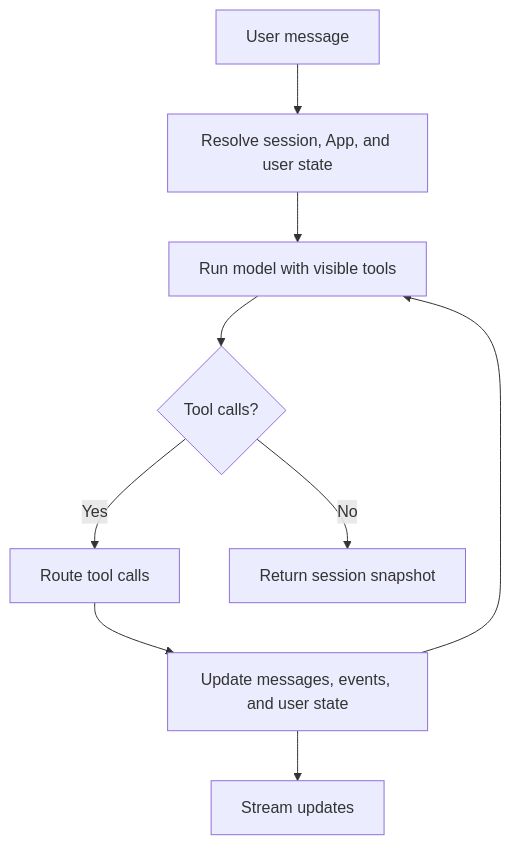
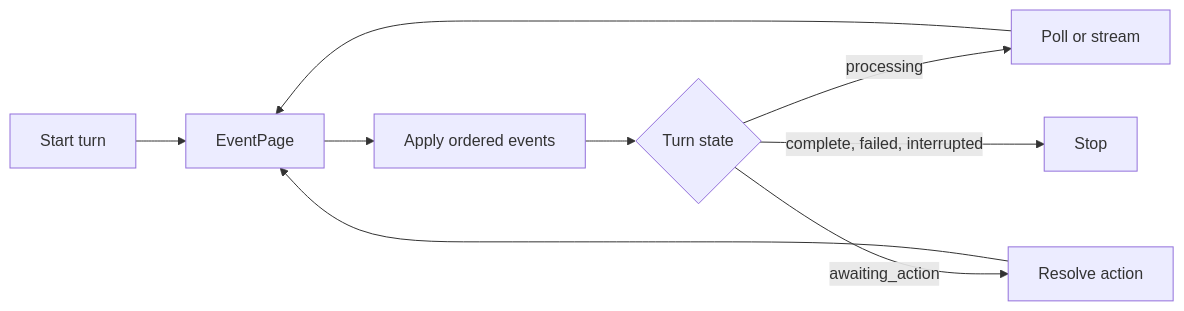
The diagram in reference/runtime.mdx (aomi-labs/docs), drawn with Mermaid before and after one commit. The commit also changed other lines of this file and 40 other files, not shown here.

````diff
--- a/reference/runtime.mdx
+++ b/reference/runtime.mdx
@@ -36,11 +36,11 @@
 ```mermaid
-flowchart TB
-    USER[User message] --> CONTEXT[Resolve session, App, and user state]
-    CONTEXT --> MODEL[Run model with visible tools]
-    MODEL --> TOOLS{Tool calls?}
-    TOOLS -->|Yes| ROUTE[Route tool calls]
-    ROUTE --> STATE[Update messages, events, and user state]
-    STATE --> MODEL
-    TOOLS -->|No| SNAPSHOT[Return session snapshot]
-    STATE --> EVENTS[Stream updates]
+flowchart LR
+    START[Start turn] --> PAGE[EventPage]
+    PAGE --> APPLY[Apply ordered events]
+    APPLY --> STATE{Turn state}
+    STATE -->|processing| POLL[Poll or stream]
+    STATE -->|awaiting_action| REVIEW[Resolve action]
+    STATE -->|complete, failed, interrupted| DONE[Stop]
+    POLL --> PAGE
+    REVIEW --> PAGE
 ```
````
